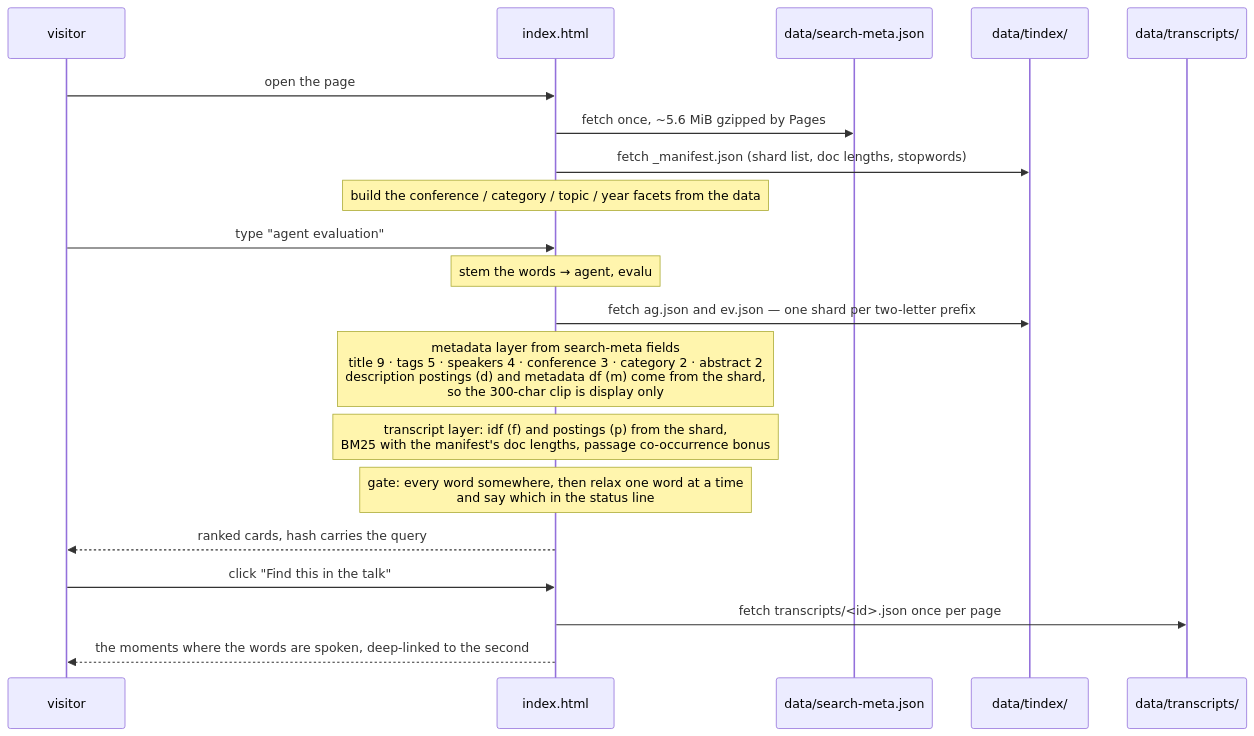
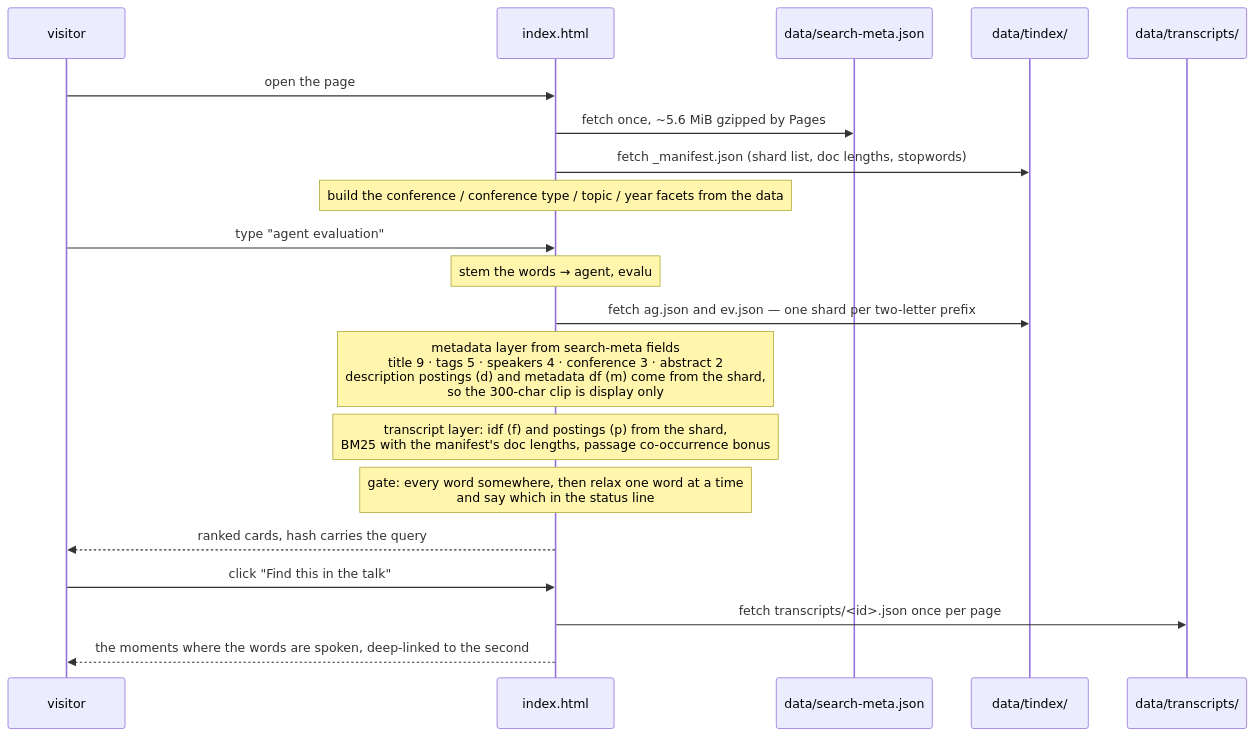
Diagram 12 of 17 in ARCHITECTURE.md (ppruchnerovic/ai-talks-universe), drawn with Mermaid before and after one commit. The commit also changed other lines of this file and 9075 other files, not shown here.

````diff
--- a/ARCHITECTURE.md
+++ b/ARCHITECTURE.md
@@ -399,23 +402,23 @@
 ```mermaid
 sequenceDiagram
     participant U as visitor
     participant P as index.html
     participant M as data/search-meta.json
     participant X as data/tindex/
     participant T as data/transcripts/
 
     U->>P: open the page
     P->>M: fetch once, ~5.6 MiB gzipped by Pages
     P->>X: fetch _manifest.json (shard list, doc lengths, stopwords)
-    Note over P: build the conference / category / topic / year facets from the data
+    Note over P: build the conference / conference type / topic / year facets from the data
     U->>P: type "agent evaluation"
     Note over P: stem the words → agent, evalu
     P->>X: fetch ag.json and ev.json — one shard per two-letter prefix
-    Note over P: metadata layer from search-meta fields<br/>title 9 · tags 5 · speakers 4 · conference 3 · category 2 · abstract 2<br/>description postings (d) and metadata df (m) come from the shard,<br/>so the 300-char clip is display only
+    Note over P: metadata layer from search-meta fields<br/>title 9 · tags 5 · speakers 4 · conference 3 · abstract 2<br/>description postings (d) and metadata df (m) come from the shard,<br/>so the 300-char clip is display only
     Note over P: transcript layer: idf (f) and postings (p) from the shard,<br/>BM25 with the manifest's doc lengths, passage co-occurrence bonus
     Note over P: gate: every word somewhere, then relax one word at a time<br/>and say which in the status line
     P-->>U: ranked cards, hash carries the query
     U->>P: click "Find this in the talk"
     P->>T: fetch transcripts/<id>.json once per page
     P-->>U: the moments where the words are spoken, deep-linked to the second
 ```
````
